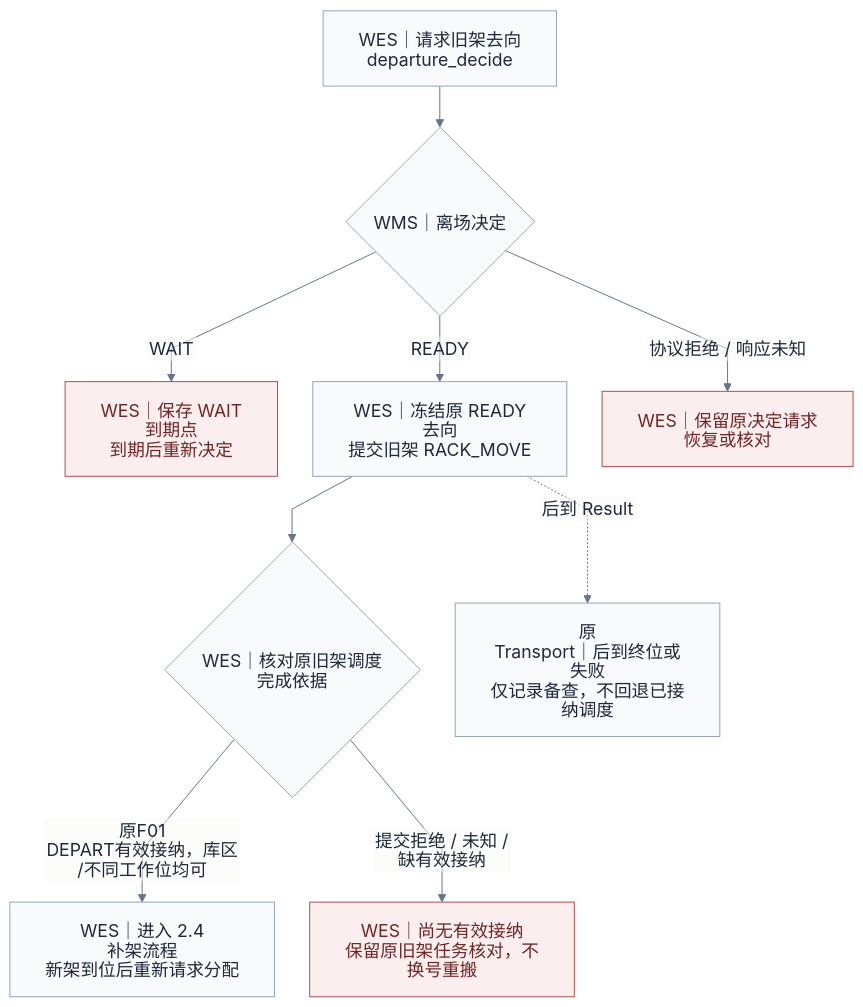
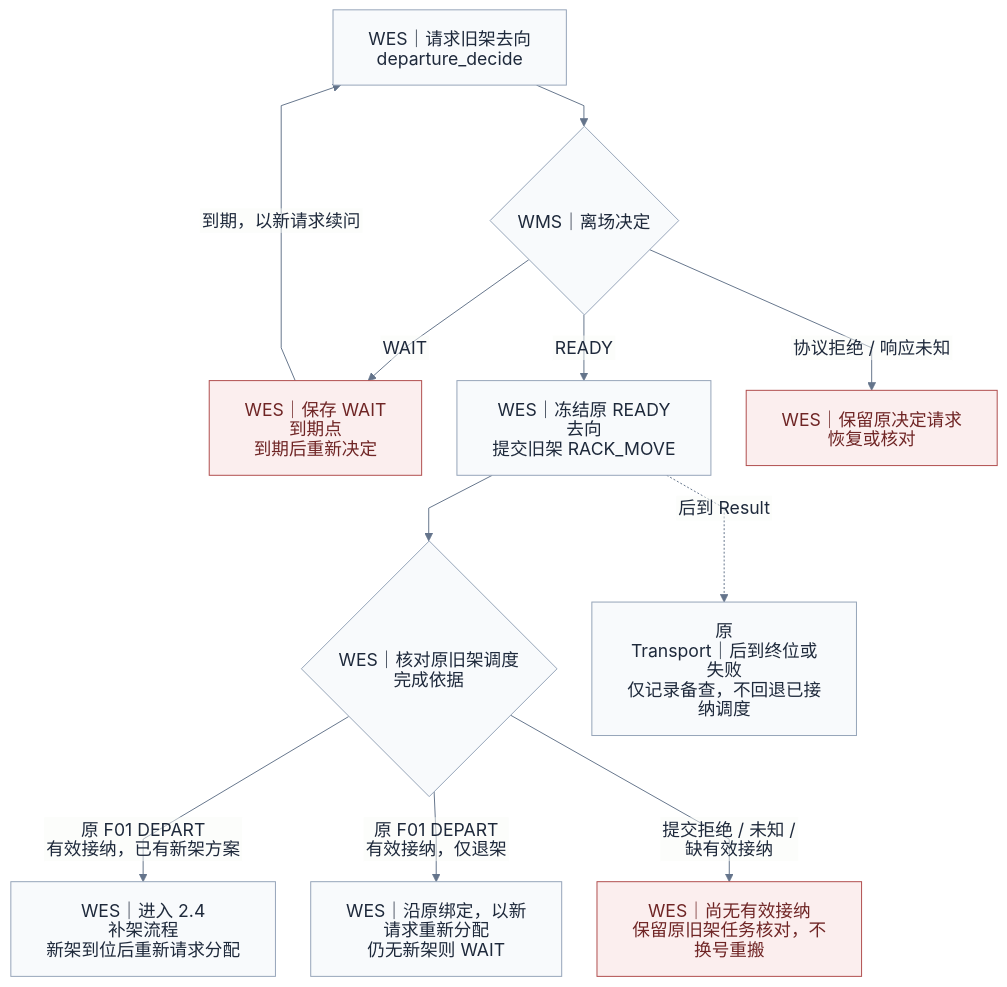
One commit to kaizhoumasha/maintenance-admin changed the fifth of 5 diagrams in docs/integrations/coarse-sorting-api-draft.md. Above: the diagram before and after it, drawn with Mermaid. The commit also changed other lines of this file and 19 other files, not shown here.

````diff
--- a/docs/integrations/coarse-sorting-api-draft.md
+++ b/docs/integrations/coarse-sorting-api-draft.md
@@ -177,23 +178,26 @@
 ```mermaid
 %%{init: {"htmlLabels":false,"theme":"base","flowchart":{"htmlLabels":false,"padding":18,"nodeSpacing":36,"rankSpacing":42,"curve":"linear"},"themeVariables":{"fontFamily":"sans-serif","fontSize":"18px","primaryColor":"#f8fafc","primaryTextColor":"#1e293b","primaryBorderColor":"#94a3b8","lineColor":"#64748b"}}}%%
 flowchart TB
     request["WES｜请求旧架去向<br/>departure_decide"]
     decision{"WMS｜离场决定"}
     wait["WES｜保存 WAIT 到期点<br/>到期后重新决定"]
     submit["WES｜冻结原 READY 去向<br/>提交旧架 RACK_MOVE"]
     result{"WES｜核对原旧架调度完成依据"}
     incoming["WES｜进入 2.4 补架流程<br/>新架到位后重新请求分配"]
+    reallocate["WES｜沿原绑定，以新请求重新分配<br/>仍无新架则 WAIT"]
     requestPending["WES｜保留原决定请求<br/>恢复或核对"]
     movePending["WES｜尚无有效接纳<br/>保留原旧架任务核对，不换号重搬"]
     landing["原 Transport｜后到终位或失败<br/>仅记录备查，不回退已接纳调度"]
     request --> decision
     decision -->|READY| submit
     decision -->|WAIT| wait
+    wait -->|到期，以新请求续问| request
     decision -->|协议拒绝 / 响应未知| requestPending
     submit --> result
-    result -->|原F01 DEPART有效接纳，库区/不同工作位均可| incoming
+    result -->|原 F01 DEPART 有效接纳，已有新架方案| incoming
+    result -->|原 F01 DEPART 有效接纳，仅退架| reallocate
     result -->|提交拒绝 / 未知 / 缺有效接纳| movePending
     submit -.->|后到 Result| landing
     classDef pending fill:#fbeeee,stroke:#af4b4b,color:#6f2525
     class wait,requestPending,movePending pending
 ```
````
